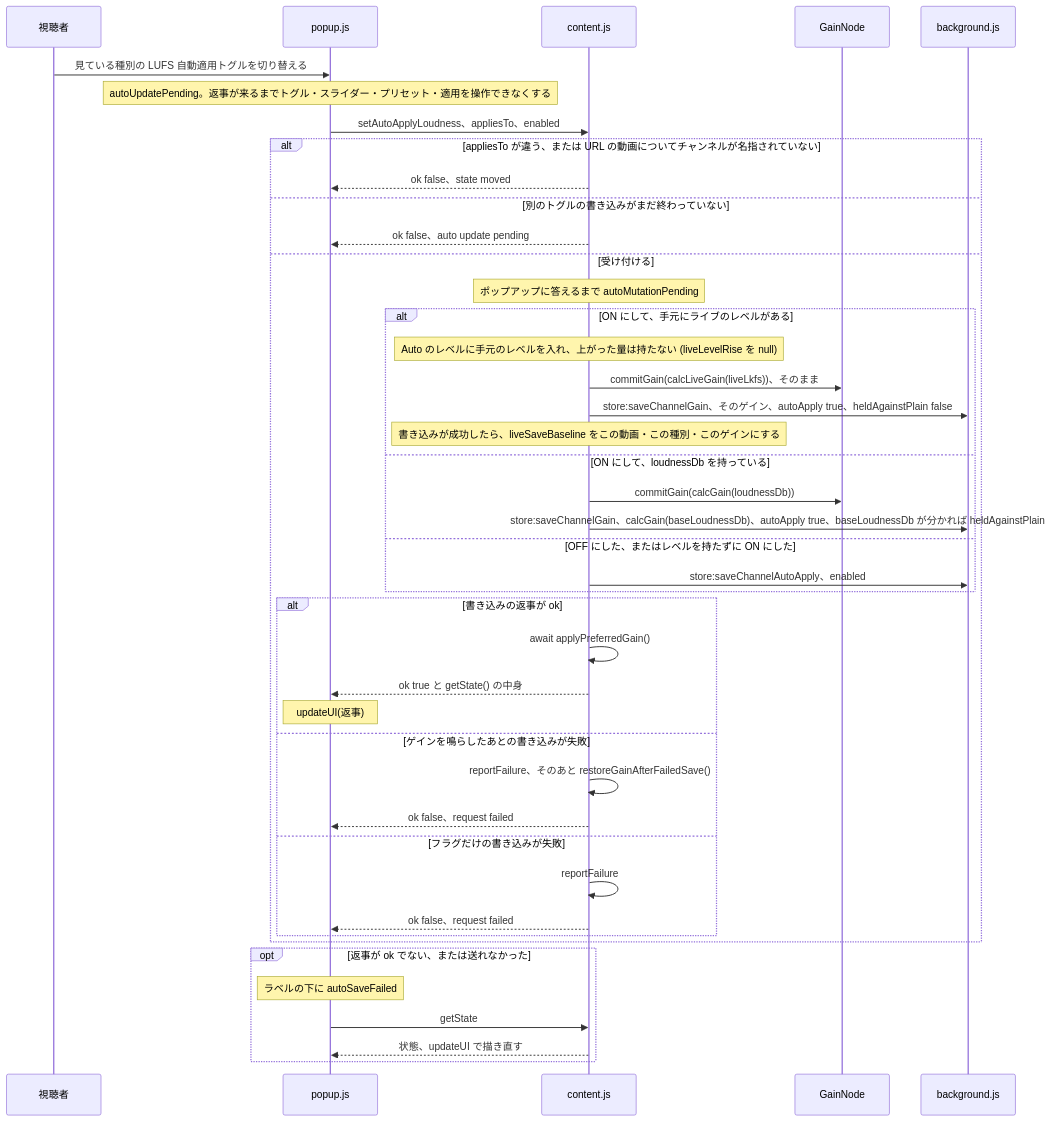
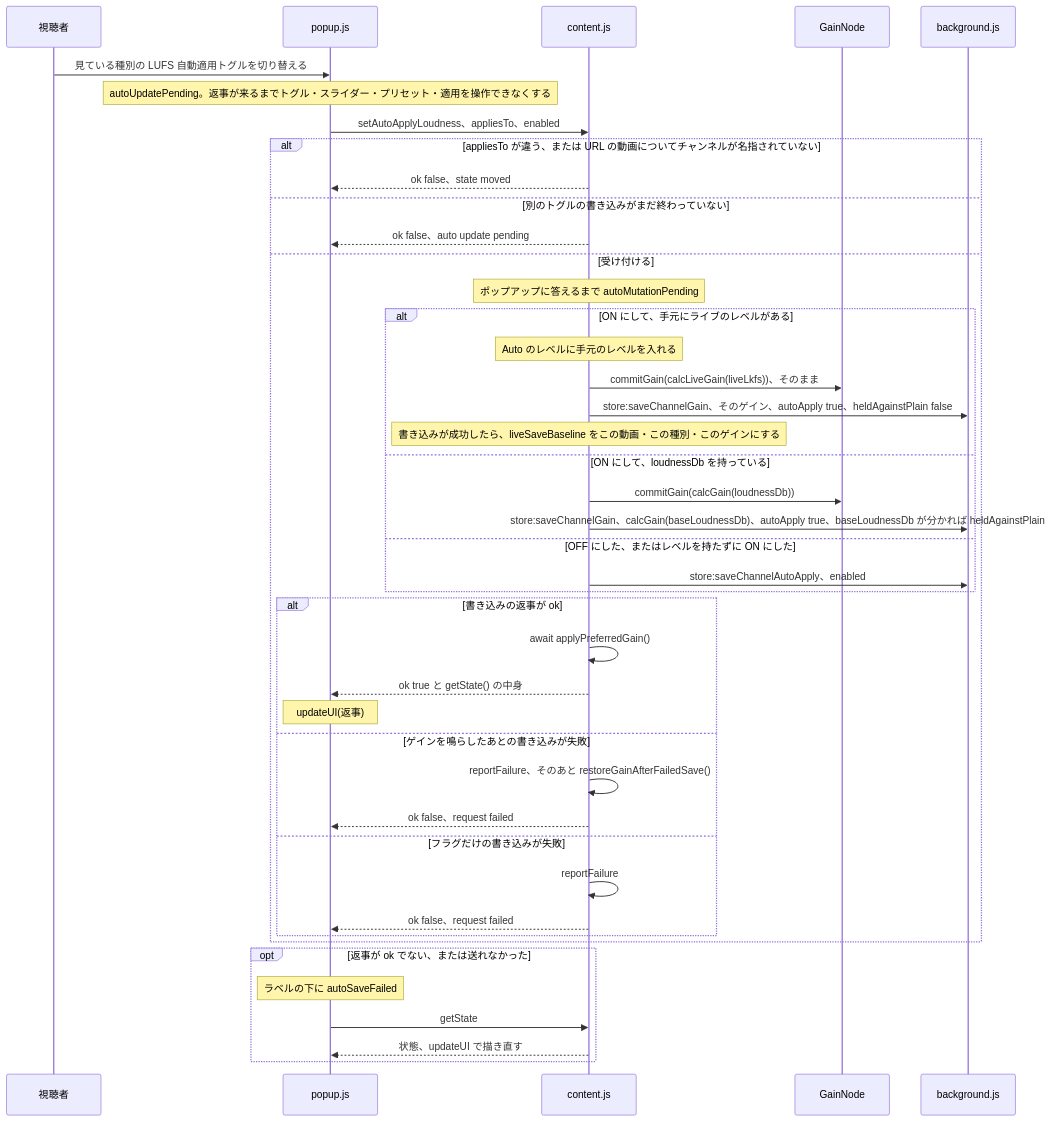
One commit to semnil/yt-channel-volume changed the sixth of 14 diagrams in docs/gain-change-and-save.ja.md. Above: the diagram before and after it, drawn with Mermaid. The commit also changed other lines of this file and 4 other files, not shown here.

Commit message:
docs: describe the live follow as playing the gain the level asks for every second

````diff
--- a/docs/gain-change-and-save.ja.md
+++ b/docs/gain-change-and-save.ja.md
@@ -308,45 +307,45 @@
 ```mermaid
 sequenceDiagram
   participant V as 視聴者
   participant P as popup.js
   participant C as content.js
   participant G as GainNode
   participant W as background.js
   V->>P: 見ている種別の LUFS 自動適用トグルを切り替える
   Note over P: autoUpdatePending。返事が来るまでトグル・スライダー・プリセット・適用を操作できなくする
   P->>C: setAutoApplyLoudness、appliesTo、enabled
   alt appliesTo が違う、または URL の動画についてチャンネルが名指されていない
     C-->>P: ok false、state moved
   else 別のトグルの書き込みがまだ終わっていない
     C-->>P: ok false、auto update pending
   else 受け付ける
     Note over C: ポップアップに答えるまで autoMutationPending
     alt ON にして、手元にライブのレベルがある
-      Note over C: Auto のレベルに手元のレベルを入れ、上がった量は持たない (liveLevelRise を null)
+      Note over C: Auto のレベルに手元のレベルを入れる
       C->>G: commitGain(calcLiveGain(liveLkfs))、そのまま
       C->>W: store:saveChannelGain、そのゲイン、autoApply true、heldAgainstPlain false
       Note over C: 書き込みが成功したら、liveSaveBaseline をこの動画・この種別・このゲインにする
     else ON にして、loudnessDb を持っている
       C->>G: commitGain(calcGain(loudnessDb))
       C->>W: store:saveChannelGain、calcGain(baseLoudnessDb)、autoApply true、baseLoudnessDb が分かれば heldAgainstPlain
     else OFF にした、またはレベルを持たずに ON にした
       C->>W: store:saveChannelAutoApply、enabled
     end
     alt 書き込みの返事が ok
       C->>C: await applyPreferredGain()
       C-->>P: ok true と getState() の中身
       Note over P: updateUI(返事)
     else ゲインを鳴らしたあとの書き込みが失敗
       C->>C: reportFailure、そのあと restoreGainAfterFailedSave()
       C-->>P: ok false、request failed
     else フラグだけの書き込みが失敗
       C->>C: reportFailure
       C-->>P: ok false、request failed
     end
   end
   opt 返事が ok でない、または送れなかった
     Note over P: ラベルの下に autoSaveFailed
     P->>C: getState
     C-->>P: 状態、updateUI で描き直す
   end
 ```
````
